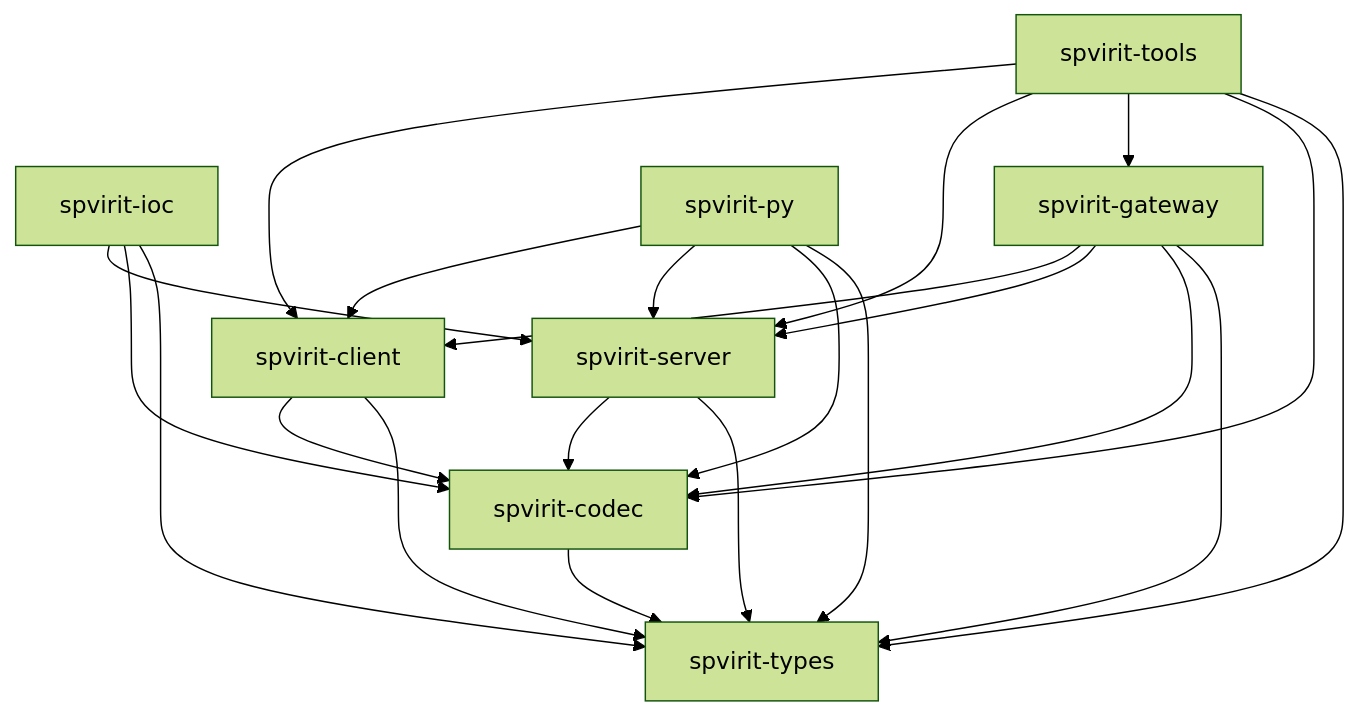
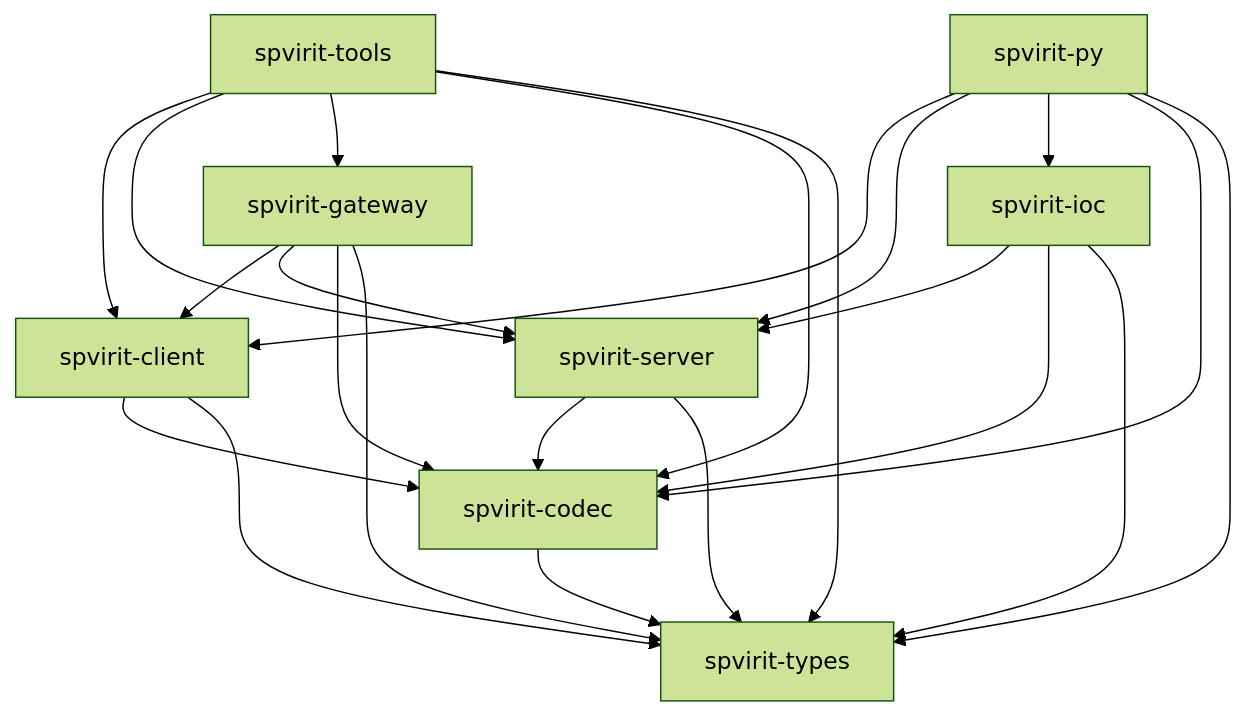
Before and after one commit to ISISNeutronMuon/spvirit: the diagram in docs/book/src/05-reference/crate-map.md, drawn with Mermaid (forest theme). The commit also changed other lines of this file and 50 other files, not shown here.

````diff
--- a/docs/book/src/05-reference/crate-map.md
+++ b/docs/book/src/05-reference/crate-map.md
@@ -15,33 +15,34 @@
 ```mermaid
 graph TD
     types[spvirit-types]
     codec[spvirit-codec]
     client[spvirit-client]
     server[spvirit-server]
     ioc[spvirit-ioc]
     gateway[spvirit-gateway]
     tools[spvirit-tools]
     py[spvirit-py]
 
     codec --> types
     client --> codec
     client --> types
     server --> codec
     server --> types
     ioc --> server
     ioc --> codec
     ioc --> types
     gateway --> client
     gateway --> server
     gateway --> codec
     gateway --> types
     tools --> client
     tools --> server
     tools --> gateway
     tools --> codec
     tools --> types
     py --> client
     py --> server
+    py --> ioc
     py --> codec
     py --> types
 ```
````
